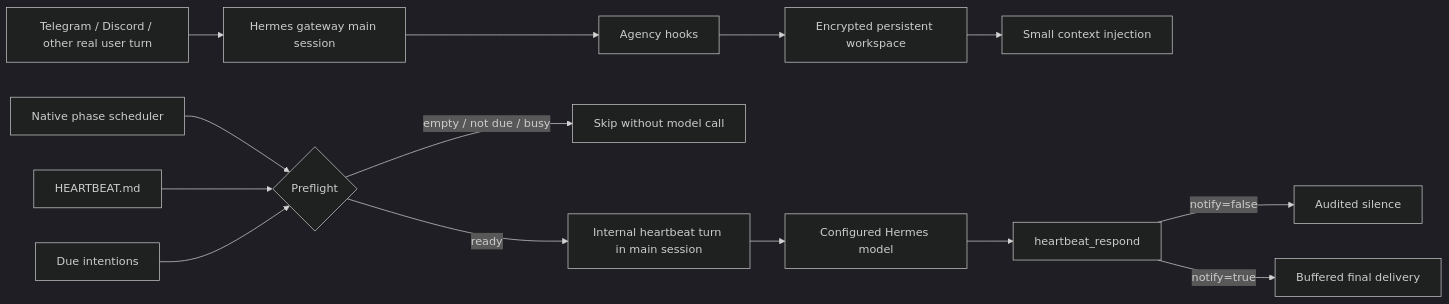
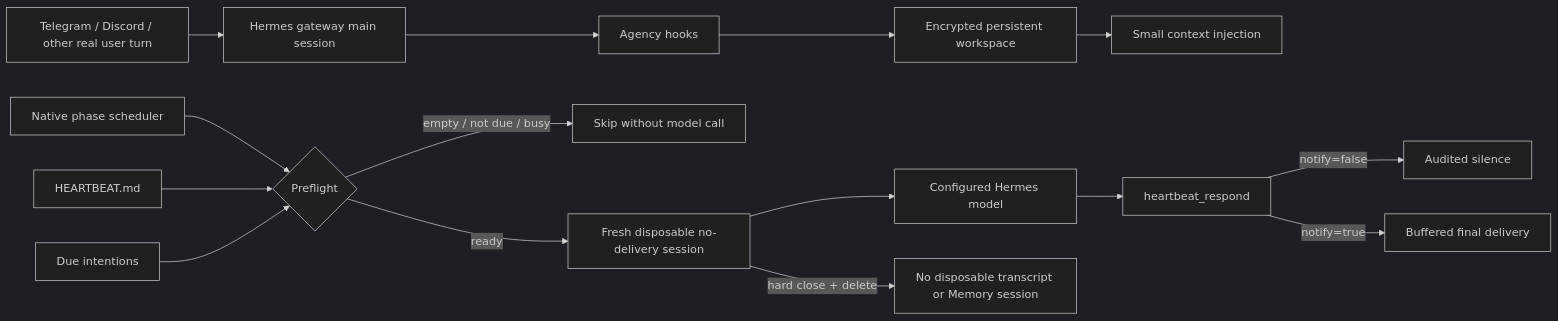
Before and after one commit to b7216309-jpg/hermes-conscious-agency: the diagram in README.md, drawn with Mermaid (dark theme). The commit also changed other lines of this file and 19 other files, not shown here.

````diff
--- a/README.md
+++ b/README.md
@@ -21,17 +22,18 @@
 ```mermaid
 flowchart LR
     U["Telegram / Discord / other real user turn"] --> G["Hermes gateway main session"]
     G --> A["Agency hooks"]
     A --> W["Encrypted persistent workspace"]
     W --> C["Small context injection"]
 
     S["Native phase scheduler"] --> P{"Preflight"}
     F["HEARTBEAT.md"] --> P
     I["Due intentions"] --> P
     P -->|"empty / not due / busy"| X["Skip without model call"]
-    P -->|"ready"| H["Internal heartbeat turn in main session"]
+    P -->|"ready"| H["Fresh disposable no-delivery session"]
     H --> M["Configured Hermes model"]
     M --> R["heartbeat_respond"]
     R -->|"notify=false"| Q["Audited silence"]
     R -->|"notify=true"| B["Buffered final delivery"]
+    H -->|"hard close + delete"| D["No disposable transcript or Memory session"]
 ```
````
